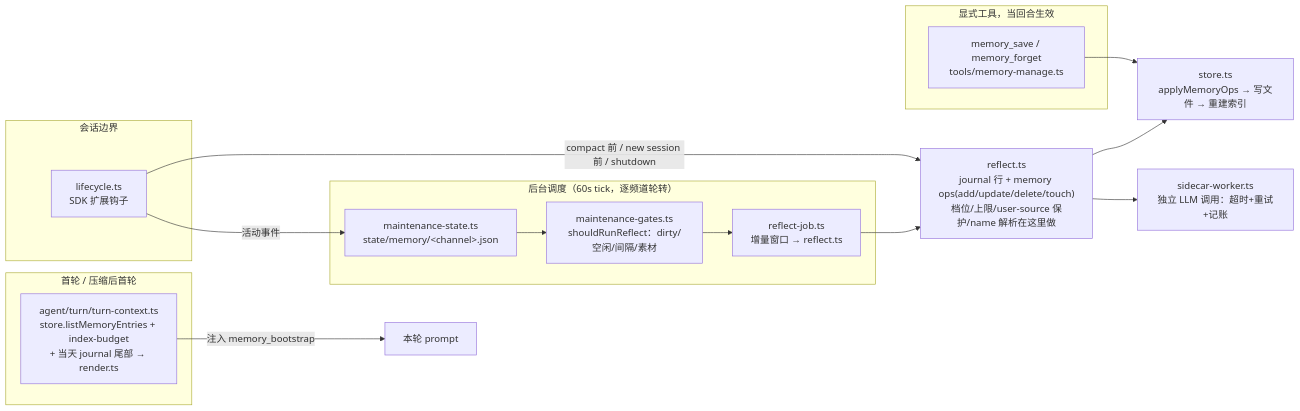
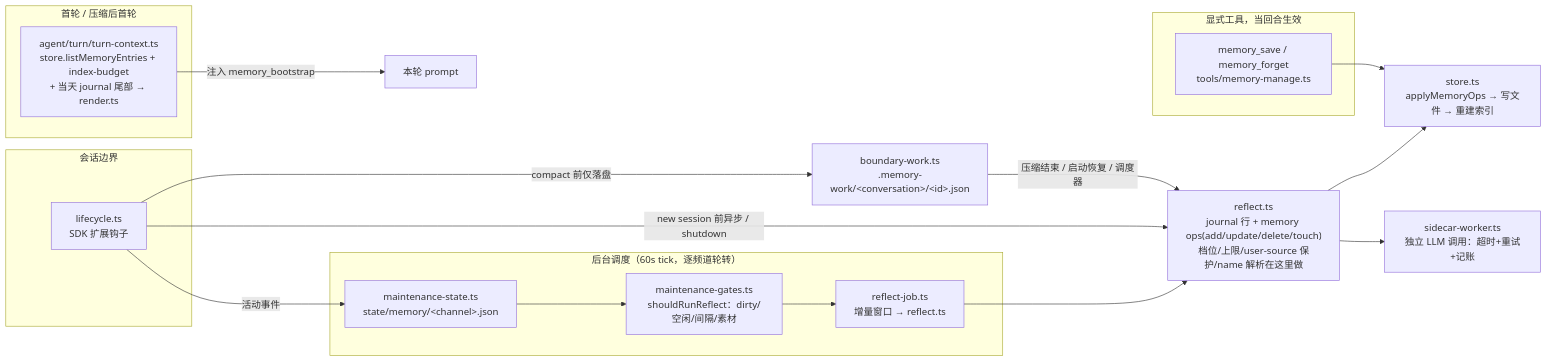
One commit to oyasmi/pipiclaw changed the third of 4 diagrams in docs/architecture.md. Above: the diagram before and after it, drawn with Mermaid. The commit also changed other lines of this file and 46 other files, not shown here.

````diff
--- a/docs/architecture.md
+++ b/docs/architecture.md
@@ -213,32 +223,34 @@
 ```mermaid
 flowchart LR
     subgraph turn [首轮 / 压缩后首轮]
         BOOT["agent/turn/turn-context.ts<br/>store.listMemoryEntries + index-budget<br/>+ 当天 journal 尾部 → render.ts"]
     end
 
     subgraph tools [显式工具，当回合生效]
         SAVE["memory_save / memory_forget<br/>tools/memory-manage.ts"]
     end
 
     subgraph boundary [会话边界]
         LC["lifecycle.ts<br/>SDK 扩展钩子"]
     end
 
     subgraph sched [后台调度（60s tick，逐频道轮转）]
         GATES["maintenance-gates.ts<br/>shouldRunReflect：dirty/空闲/间隔/素材"]
         JOB["reflect-job.ts<br/>增量窗口 → reflect.ts"]
         STATE["maintenance-state.ts<br/>state/memory/&lt;channel&gt;.json"]
     end
 
     REFLECT["reflect.ts<br/>journal 行 + memory ops(add/update/delete/touch)<br/>档位/上限/user-source 保护/name 解析在这里做"]
     STORE["store.ts<br/>applyMemoryOps → 写文件 → 重建索引"]
     SIDE["sidecar-worker.ts<br/>独立 LLM 调用：超时+重试+记账"]
 
     BOOT -->|注入 memory_bootstrap| PROMPT[本轮 prompt]
     SAVE --> STORE
-    LC -->|compact 前 / new session 前 / shutdown| REFLECT
+    LC -->|compact 前仅落盘| BW["boundary-work.ts<br/>.memory-work/&lt;conversation&gt;/&lt;id&gt;.json"]
+    BW -->|压缩结束 / 启动恢复 / 调度器| REFLECT
+    LC -->|new session 前异步 / shutdown| REFLECT
     GATES --> JOB --> REFLECT
     REFLECT --> STORE
     REFLECT --> SIDE
     LC -->|活动事件| STATE --> GATES
 ```
````
